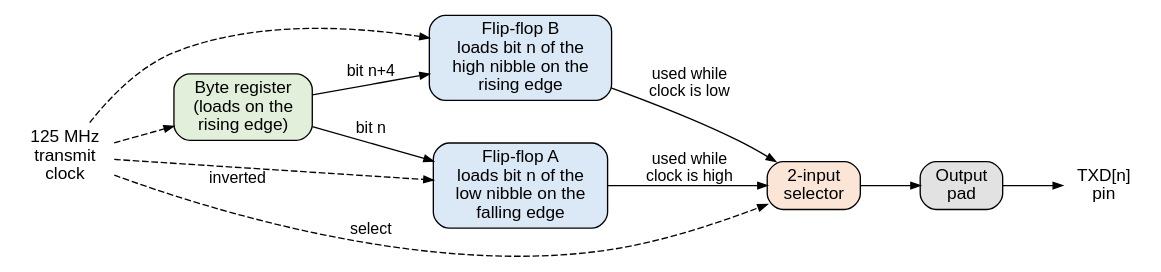
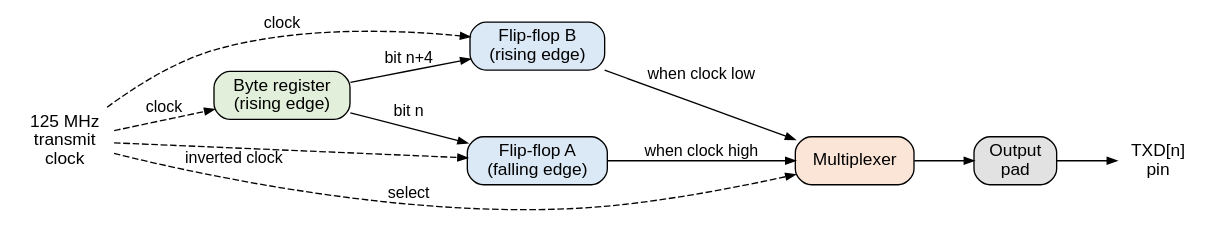
One commit to mithro/evampire changed the diagram in docs/ethernet/rgmii/tx-ddr.dot. Above: the diagram before and after it, drawn with Graphviz. The commit also changed 15 other files, not shown here.

```diff
--- a/docs/ethernet/rgmii/tx-ddr.dot
+++ b/docs/ethernet/rgmii/tx-ddr.dot
@@ -1,34 +1,32 @@
 // Transmit output stage for one RGMII data bit (and for TXC).
 //
 // SPDX-License-Identifier: Apache-2.0
 
 digraph tx_ddr {
     graph [rankdir=LR, fontname="Helvetica", fontsize=14, nodesep=0.45,
            ranksep=0.6, newrank=true];
     node  [shape=box, style="rounded,filled", fillcolor="#f2f2f2",
            fontname="Helvetica", fontsize=13];
     edge  [fontname="Helvetica", fontsize=12, arrowsize=0.7];
 
-    byte [label="Byte register\n(loads on the\nrising edge)", fillcolor="#e2efda"];
-    ffa  [label="Flip-flop A\nloads bit n of the\nlow nibble on the\nfalling edge",
-          fillcolor="#dbe8f5"];
-    ffb  [label="Flip-flop B\nloads bit n of the\nhigh nibble on the\nrising edge",
-          fillcolor="#dbe8f5"];
-    mux  [label="2-input\nselector", fillcolor="#fbe5d6"];
+    byte [label="Byte register\n(rising edge)", fillcolor="#e2efda"];
+    ffa  [label="Flip-flop A\n(falling edge)", fillcolor="#dbe8f5"];
+    ffb  [label="Flip-flop B\n(rising edge)", fillcolor="#dbe8f5"];
+    mux  [label="Multiplexer", fillcolor="#fbe5d6"];
     pad  [label="Output\npad", fillcolor="#e2e2e2"];
     pin  [label="TXD[n]\npin", shape=plaintext, style=""];
     clk  [label="125 MHz\ntransmit\nclock", shape=plaintext, style=""];
 
     byte -> ffa [label="bit n"];
     byte -> ffb [label="bit n+4"];
-    ffa -> mux [label="used while\nclock is high"];
-    ffb -> mux [label="used while\nclock is low"];
+    ffa -> mux [label="when clock high"];
+    ffb -> mux [label="when clock low"];
     mux -> pad -> pin;
 
-    clk -> byte [style=dashed];
-    clk -> ffa  [style=dashed, xlabel="inverted "];
-    clk -> ffb  [style=dashed];
+    clk -> byte [style=dashed, label="clock"];
+    clk -> ffa  [style=dashed, xlabel="inverted clock"];
+    clk -> ffb  [style=dashed, label="clock"];
     clk -> mux  [style=dashed, label="select"];
 
     { rank=same; ffa; ffb; }
 }
```
